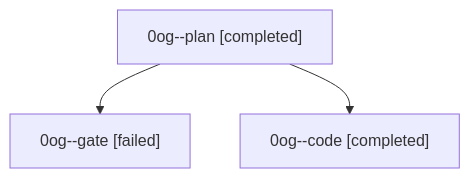
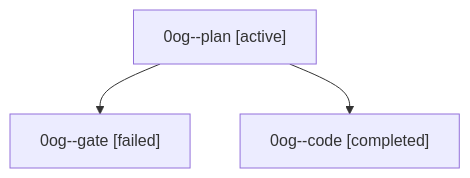
The diagram in families/bbugyi200.athena.0og.md (sase-org/sase--agents), drawn with Mermaid before and after one commit. The commit also changed other lines of this file and 35830 other files, not shown here.

````diff
--- a/families/bbugyi200.athena.0og.md
+++ b/families/bbugyi200.athena.0og.md
@@ -9,8 +9,8 @@
 ```mermaid
 flowchart TD
-  n0["0og--plan [completed]"]
+  n0["0og--plan [active]"]
   n1["0og--gate [failed]"]
   n0 --> n1
   n2["0og--code [completed]"]
   n0 --> n2
 ```
````
